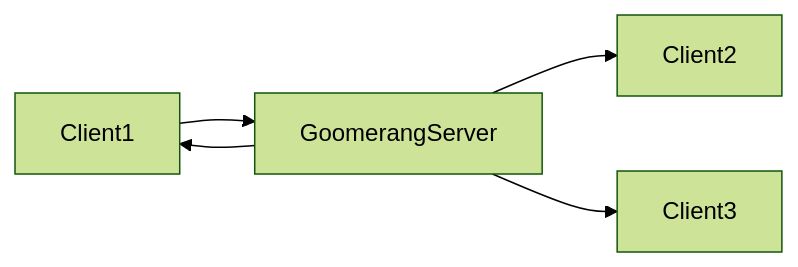
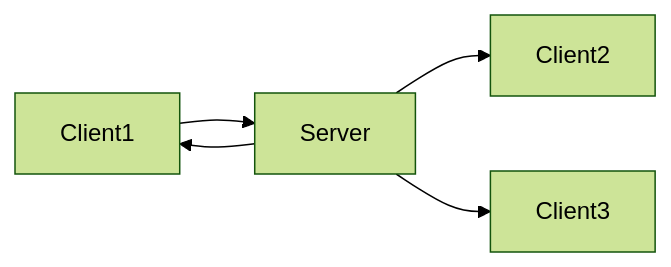
One commit to eloylp/goomerang changed the fourth of 8 diagrams in README.md. Above: the diagram before and after it, drawn with Mermaid (forest theme). The commit also changed other lines of this file and 1 other file, not shown here.

````diff
--- a/README.md
+++ b/README.md
@@ -381,7 +384,7 @@
 ```mermaid
 graph LR;
-Client1-->GoomerangServer;
-GoomerangServer-->Client1;
-GoomerangServer-->Client2;
-GoomerangServer-->Client3;
+Client1-->Server;
+Server-->Client1;
+Server-->Client2;
+Server-->Client3;
 ```
````
